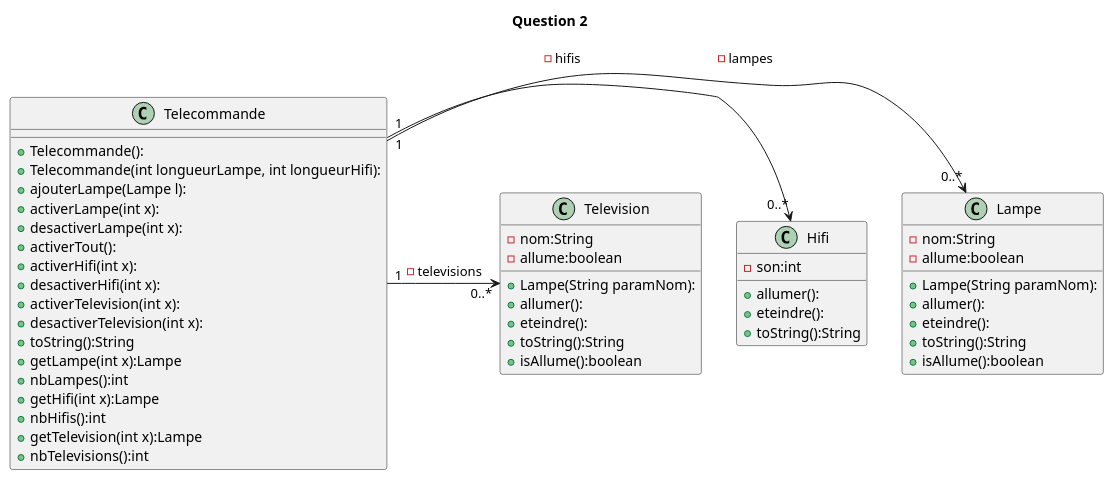
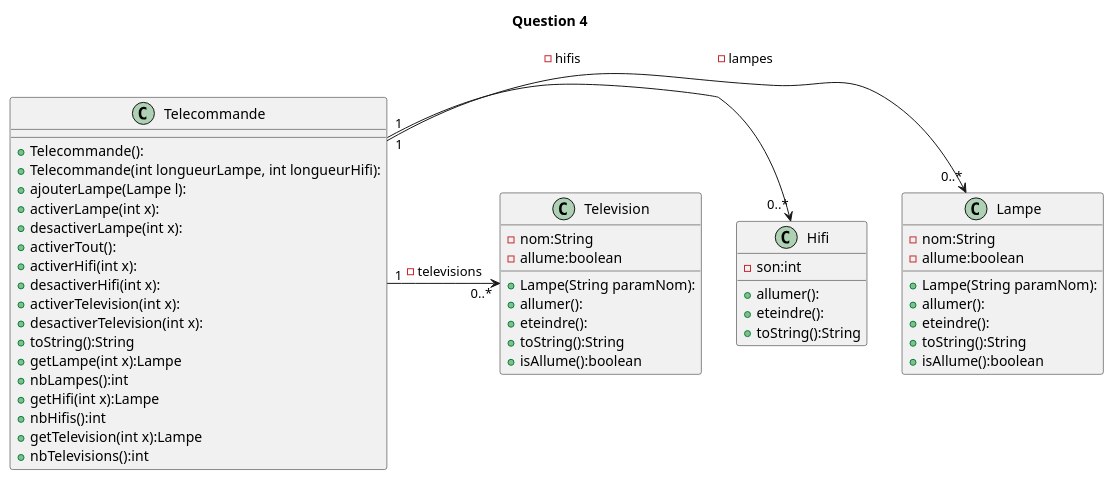
Before and after one commit to Stantrh/2016_coo_domotique_loppinet3u_troha2u: the diagram in domotique/src/main/java/PlantUMLTelevision-Q4.puml, drawn with PlantUML. The commit also changed 5 other files, not shown here.

Commit message:
Modification de la classe Télécommmande pour qu'elle gère une liste d'appareils et non plus 2 listes et ajout des images des diagrammes PlantUML

```diff
--- a/domotique/src/main/java/PlantUMLTelevision-Q4.puml
+++ b/domotique/src/main/java/PlantUMLTelevision-Q4.puml
@@ -1,55 +1,55 @@
 @startuml
-title Question 2
+title Question 4
 '''classes
 class Telecommande{
     +Telecommande():
     +Telecommande(int longueurLampe, int longueurHifi):
     +ajouterLampe(Lampe l):
     +activerLampe(int x):
     +desactiverLampe(int x):
     +activerTout():
     +activerHifi(int x):
     +desactiverHifi(int x):
     +activerTelevision(int x):
     +desactiverTelevision(int x):
     +toString():String
     +getLampe(int x):Lampe
     +nbLampes():int
     +getHifi(int x):Lampe
     +nbHifis():int
     +getTelevision(int x):Lampe
     +nbTelevisions():int
 }
 
 class Lampe{
     -nom:String
     -allume:boolean
     +Lampe(String paramNom):
     +allumer():
     +eteindre():
     +toString():String
     +isAllume():boolean
 }
 
 class Hifi{
     -son:int
     +allumer():
     +eteindre():
     +toString():String
 }
 
 class Television{
     -nom:String
     -allume:boolean
     +Lampe(String paramNom):
     +allumer():
     +eteindre():
     +toString():String
     +isAllume():boolean
 }
 
 '''relations
 Telecommande "1" -> "0..*" Lampe : -lampes
 Telecommande "1" -> "0..*" Hifi : -hifis
 Telecommande "1" -> "0..*" Television : -televisions
 @enduml
```
